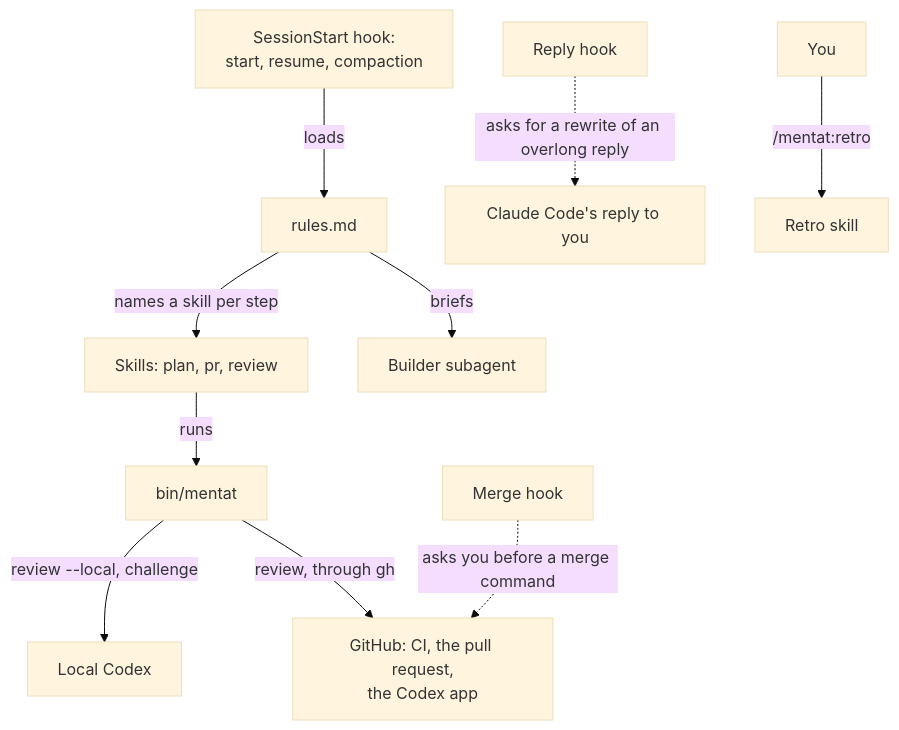
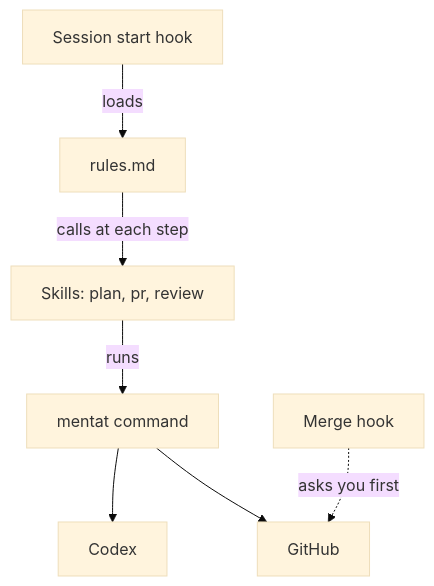
The second of 3 diagrams in docs/how-it-works.md (ericfurspan/mentat), drawn with Mermaid (base theme) before and after one commit. The commit also changed other lines of this file, not shown here.

Commit message:
docs: cut each diagram to seven nodes or fewer

````diff
--- a/docs/how-it-works.md
+++ b/docs/how-it-works.md
@@ -48,12 +39,9 @@
 ```mermaid
 flowchart TD
-    SS["SessionStart hook:<br/>start, resume, compaction"] -- loads --> R["rules.md"]
-    R -- "names a skill per step" --> SK["Skills: plan, pr, review"]
-    R -- briefs --> BA["Builder subagent"]
-    SK -- runs --> CLI["bin/mentat"]
-    CLI -- "review --local, challenge" --> LC["Local Codex"]
-    CLI -- "review, through gh" --> GH["GitHub: CI, the pull request,<br/>the Codex app"]
-    NM["Merge hook"] -. "asks you before a merge command" .-> GH
-    RC["Reply hook"] -. "asks for a rewrite of an overlong reply" .-> RE["Claude Code's reply to you"]
-    YOU["You"] -- "/mentat:retro" --> RT["Retro skill"]
+    H["Session start hook"] -- loads --> R["rules.md"]
+    R -- "calls at each step" --> S["Skills: plan, pr, review"]
+    S -- runs --> M["mentat command"]
+    M --> X["Codex"]
+    M --> G["GitHub"]
+    N["Merge hook"] -. "asks you first" .-> G
 ```
````
